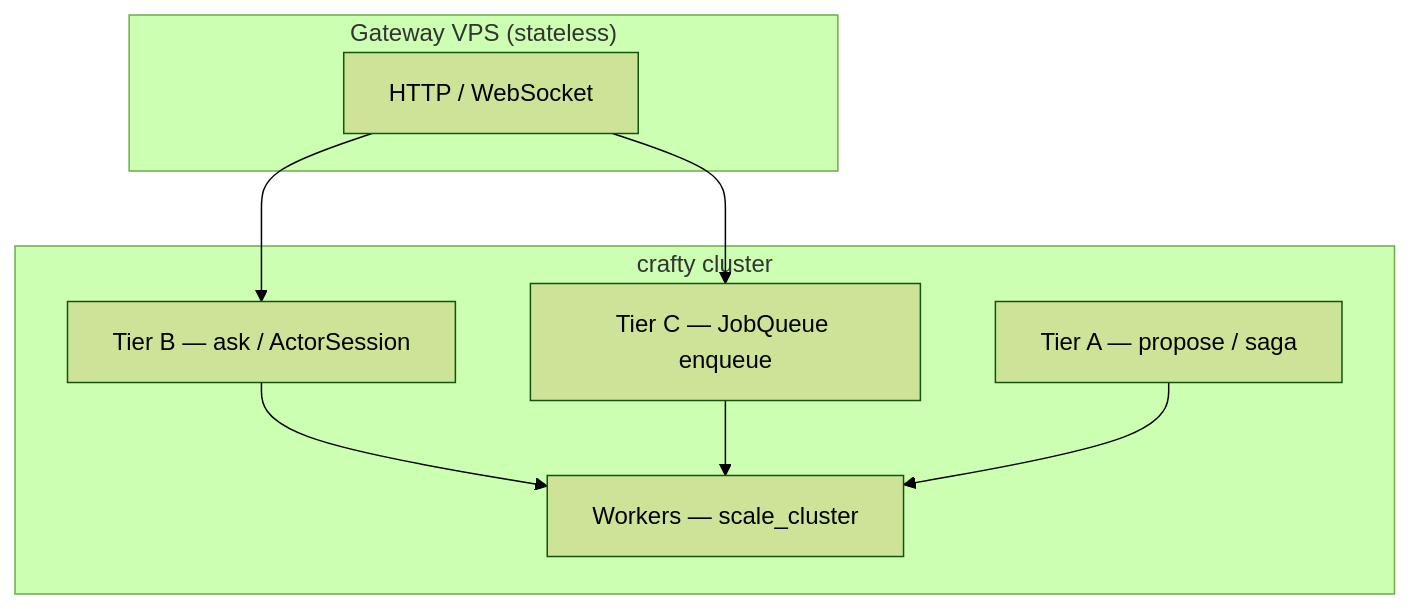
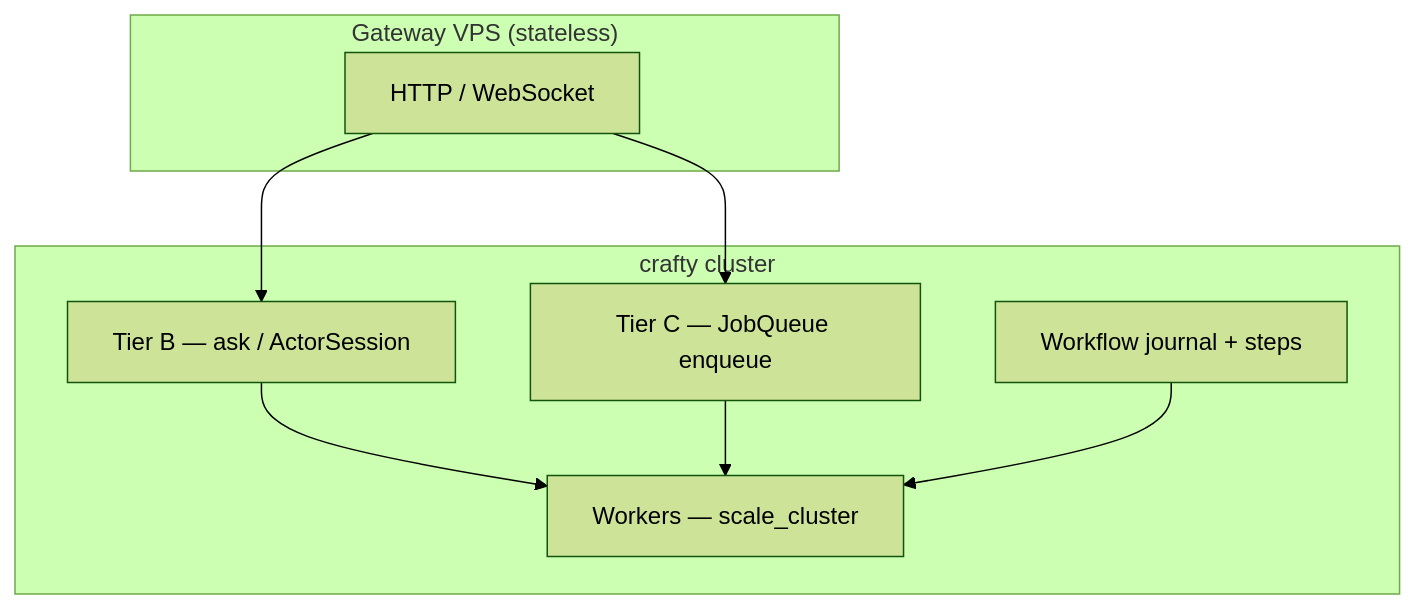
The diagram in docs/decisions/product-scenarios.md (lemarco/craft), drawn with Mermaid (forest theme) before and after one commit. The commit also changed other lines of this file and 71 other files, not shown here.

````diff
--- a/docs/decisions/product-scenarios.md
+++ b/docs/decisions/product-scenarios.md
@@ -67,19 +80,19 @@
 ```mermaid
 flowchart TB
     subgraph Gateway["Gateway VPS (stateless)"]
         HTTP[HTTP / WebSocket]
     end
 
     subgraph Cluster["crafty cluster"]
         B[Tier B — ask / ActorSession]
         C[Tier C — JobQueue enqueue]
-        A[Tier A — propose / saga]
-        W[Workers — scale_cluster]
+        W[Workflow journal + steps]
+        A[Workers — scale_cluster]
     end
 
     HTTP --> B
     HTTP --> C
-    B --> W
-    C --> W
-    A --> W
+    B --> A
+    C --> A
+    W --> A
 ```
````
